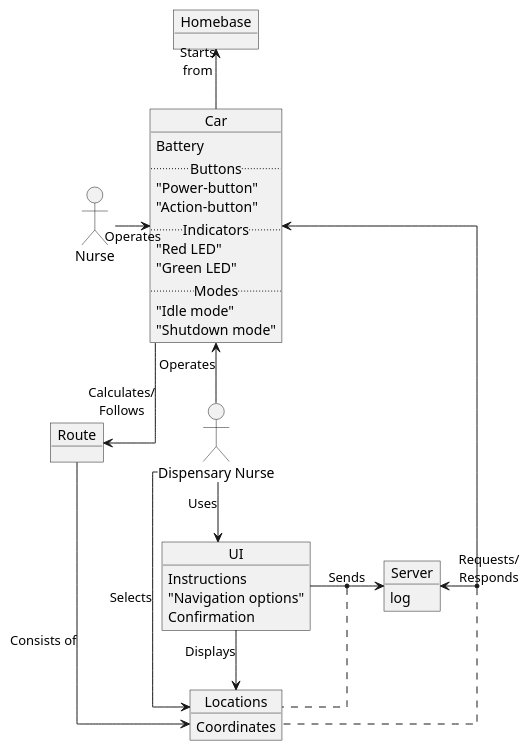
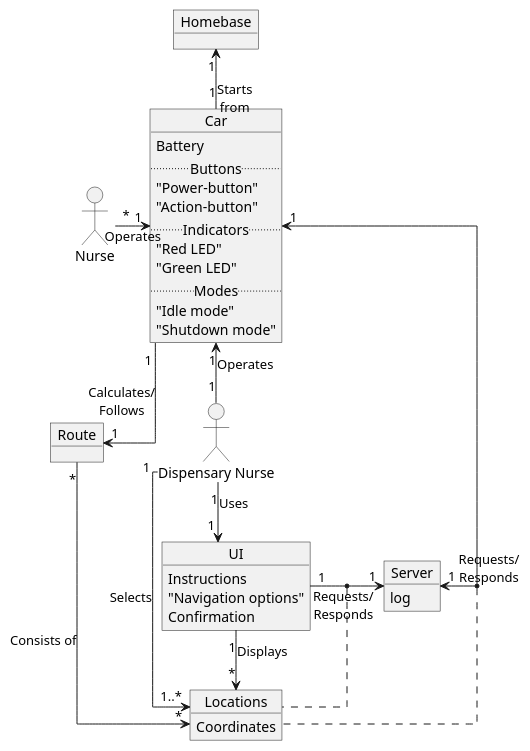
One commit to lineklemensen/PRJ3 changed the diagram in docs/diagrams/Plantuml/domain.puml. Above: the diagram before and after it, drawn with PlantUML.

Commit message:
Multiplicitet

```diff
--- a/docs/diagrams/Plantuml/domain.puml
+++ b/docs/diagrams/Plantuml/domain.puml
@@ -1,62 +1,62 @@
 @startuml
 
 allow_mixing
 
 skinparam {
     LineType ortho
 }
 
 actor "Nurse" as n
 
 object "Homebase" as HB
 object Car {
     Battery
     .. Buttons ..
     "Power-button"
     "Action-button"
     .. Indicators ..
     "Red LED"
     "Green LED"
     .. Modes ..
     "Idle mode"
     "Shutdown mode"
 }
 
 object UI {
     Instructions
     "Navigation options"
     Confirmation
 }
 
 object "Locations" as Loc {
     Coordinates
 }
 object Route
 
 
 object Server {
     log
 }
 
 
 actor "Dispensary Nurse" as dn
 
-Car -u-> HB : Starts\nfrom
-n -r-> Car : Operates
+Car "1"-u->"1" HB : Starts\nfrom
+n "*"-r->"1" Car : Operates
 
-Car -r-> Route : Calculates/\nFollows
-Route -d-> Loc : Consists of
+Car "1"-r->"1" Route : Calculates/\nFollows
+Route "*"-d->"*" Loc : Consists of
 
-Car <-d- dn : Operates
-dn -r-> Loc : Selects
-UI -r-> Loc : Displays
+Car "1" <-d- "1" dn : Operates
+dn "1" -r-> "1..*" Loc : Selects
+UI "1" -r-> "*" Loc : Displays
 
-dn -d-> UI : Uses
-Server <-r-> Car : Requests/\nResponds
+dn "1" -d-> "1" UI : Uses
+Server "1" <-r-> "1" Car : Requests/\nResponds
 (Server, Car) . Loc
-UI -r-> Server : Sends
+UI "1" -r-> "1" Server : Requests/\nResponds
 (UI, Server) . Loc
 
 
 
 @enduml
```
